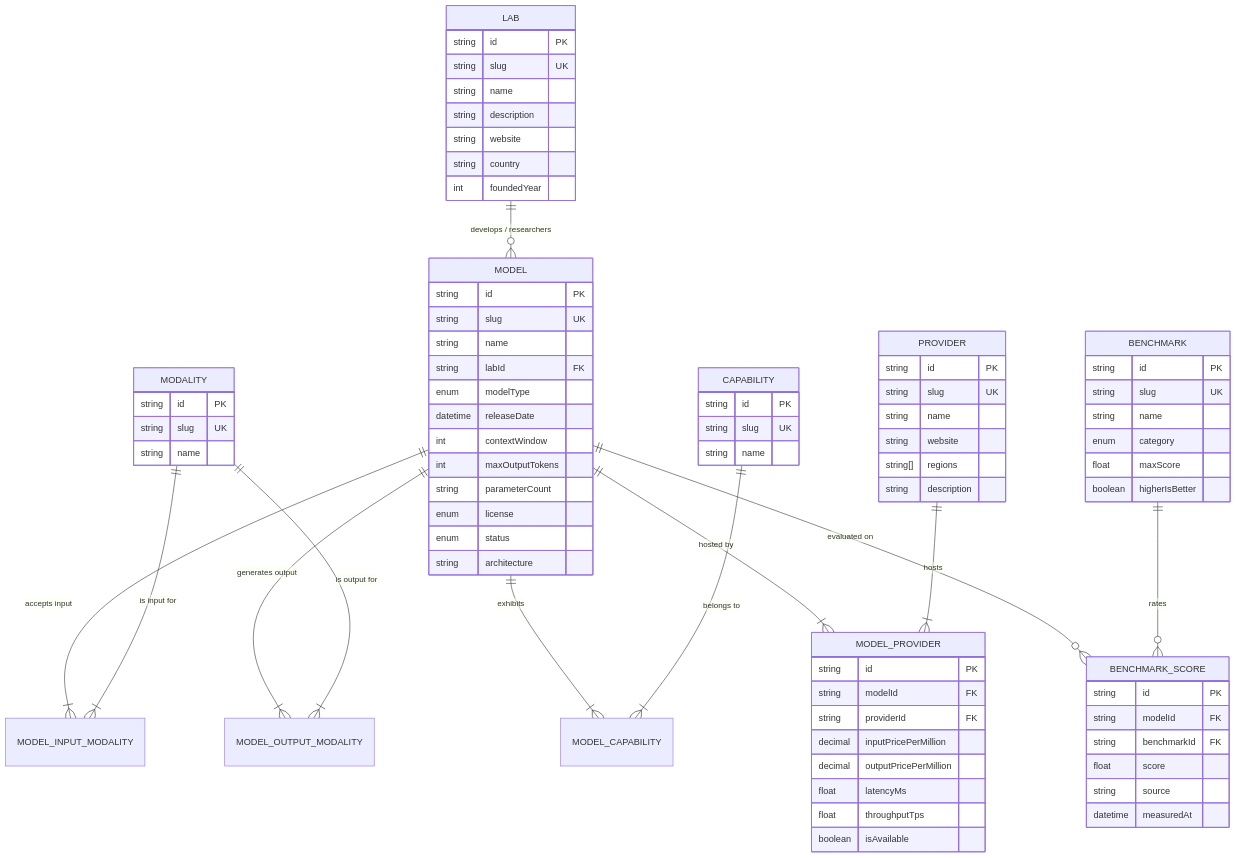
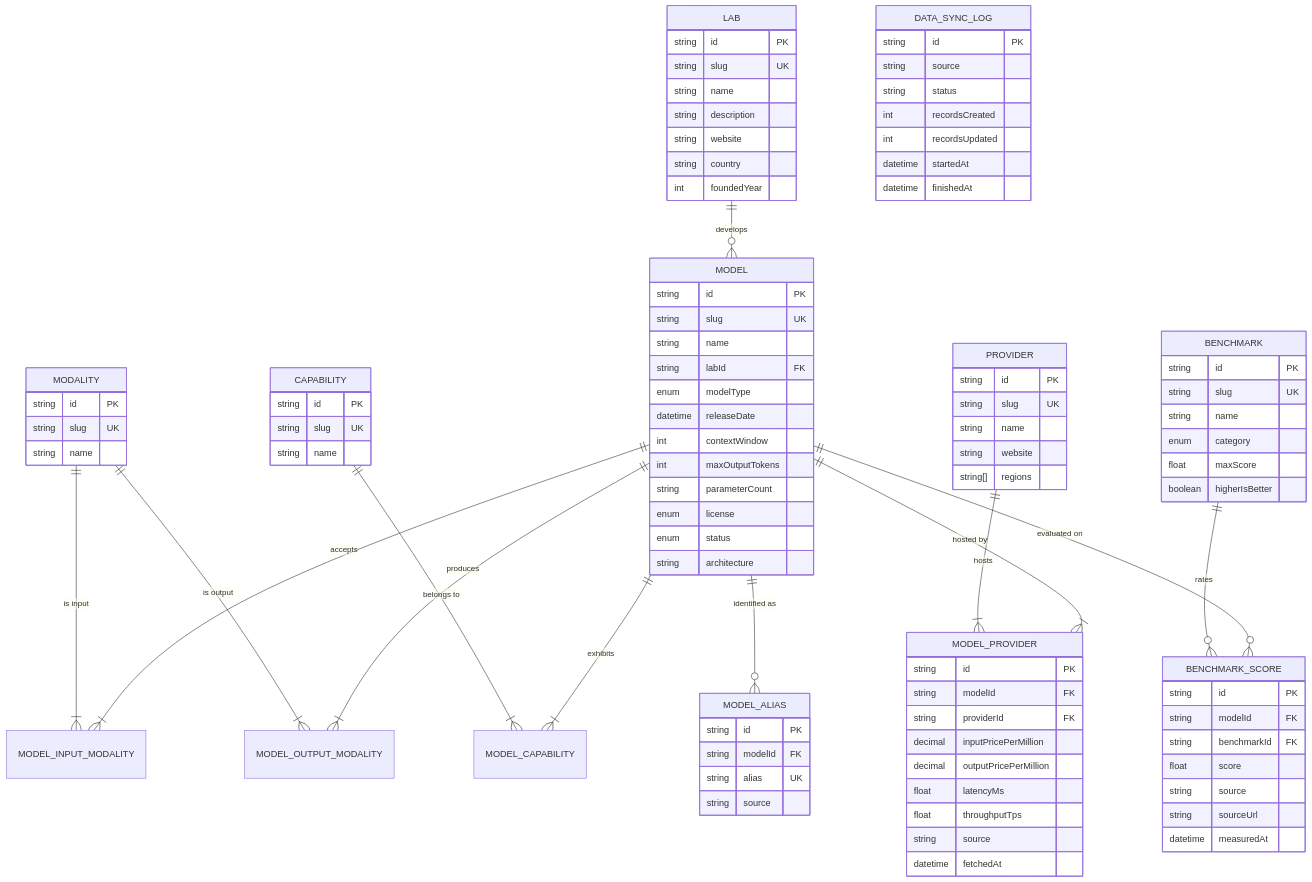
The second of 2 diagrams in README.md (Swagat108/OneAtlas), drawn with Mermaid before and after one commit. The commit also changed other lines of this file and 6 other files, not shown here.

````diff
--- a/README.md
+++ b/README.md
@@ -48,16 +183,17 @@
 ```mermaid
 erDiagram
-    LAB ||--o{ MODEL : "develops / researchers"
-    MODEL ||--|{ MODEL_INPUT_MODALITY : "accepts input"
-    MODALITY ||--|{ MODEL_INPUT_MODALITY : "is input for"
-    MODEL ||--|{ MODEL_OUTPUT_MODALITY : "generates output"
-    MODALITY ||--|{ MODEL_OUTPUT_MODALITY : "is output for"
+    LAB ||--o{ MODEL : "develops"
+    MODEL ||--|{ MODEL_INPUT_MODALITY : "accepts"
+    MODALITY ||--|{ MODEL_INPUT_MODALITY : "is input"
+    MODEL ||--|{ MODEL_OUTPUT_MODALITY : "produces"
+    MODALITY ||--|{ MODEL_OUTPUT_MODALITY : "is output"
     MODEL ||--|{ MODEL_CAPABILITY : "exhibits"
     CAPABILITY ||--|{ MODEL_CAPABILITY : "belongs to"
     MODEL ||--|{ MODEL_PROVIDER : "hosted by"
     PROVIDER ||--|{ MODEL_PROVIDER : "hosts"
     MODEL ||--o{ BENCHMARK_SCORE : "evaluated on"
     BENCHMARK ||--o{ BENCHMARK_SCORE : "rates"
+    MODEL ||--o{ MODEL_ALIAS : "identified as"
 
     LAB {
         string id PK
@@ -102,7 +238,6 @@
         string name
         string website
         string[] regions
-        string description
     }
 
     MODEL_PROVIDER {
@@ -113,7 +248,8 @@
         decimal outputPricePerMillion
         float latencyMs
         float throughputTps
-        boolean isAvailable
+        string source
+        datetime fetchedAt
     }
 
     BENCHMARK {
@@ -131,6 +267,24 @@
         string benchmarkId FK
         float score
         string source
+        string sourceUrl
         datetime measuredAt
     }
+
+    MODEL_ALIAS {
+        string id PK
+        string modelId FK
+        string alias UK
+        string source
+    }
+
+    DATA_SYNC_LOG {
+        string id PK
+        string source
+        string status
+        int recordsCreated
+        int recordsUpdated
+        datetime startedAt
+        datetime finishedAt
+    }
 ```
````
